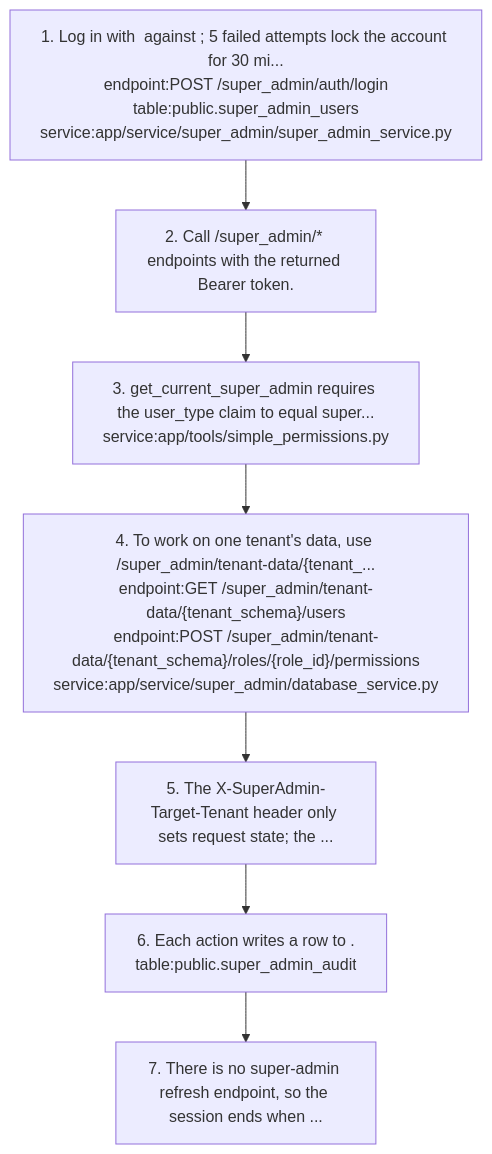
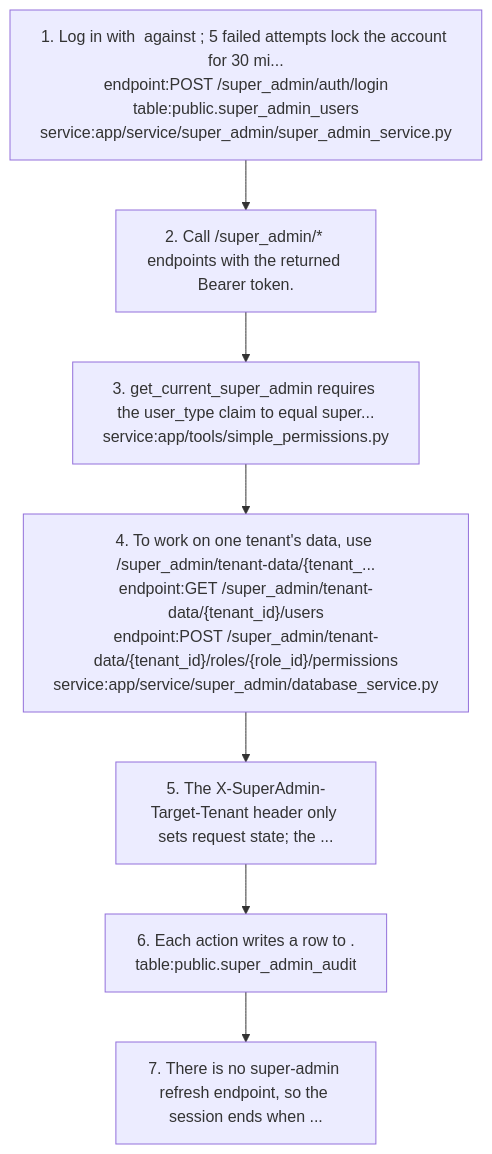
The sixth of 6 diagrams in docs/graph/views/tenants-and-admin.md (nerellasraj21/cos360_full_app), drawn with Mermaid before and after one commit. The commit also changed other lines of this file and 96 other files, not shown here.

First line of the commit message:
Convert Celery tasks and remaining per-schema code to tenant ids

````diff
--- a/docs/graph/views/tenants-and-admin.md
+++ b/docs/graph/views/tenants-and-admin.md
@@ -300,16 +300,16 @@
 ```mermaid
 flowchart TD
   s1["1. Log in with  against ; 5 failed attempts lock the account for 30 mi...<br/>endpoint:POST /super_admin/auth/login<br/>table:public.super_admin_users<br/>service:app/service/super_admin/super_admin_service.py"]
   s2["2. Call /super_admin/* endpoints with the returned Bearer token."]
   s1 --> s2
   s3["3. get_current_super_admin requires the user_type claim to equal super...<br/>service:app/tools/simple_permissions.py"]
   s2 --> s3
-  s4["4. To work on one tenant's data, use /super_admin/tenant-data/{tenant_...<br/>endpoint:GET /super_admin/tenant-data/{tenant_schema}/users<br/>endpoint:POST /super_admin/tenant-data/{tenant_schema}/roles/{role_id}/permissions<br/>service:app/service/super_admin/database_service.py"]
+  s4["4. To work on one tenant's data, use /super_admin/tenant-data/{tenant_...<br/>endpoint:GET /super_admin/tenant-data/{tenant_id}/users<br/>endpoint:POST /super_admin/tenant-data/{tenant_id}/roles/{role_id}/permissions<br/>service:app/service/super_admin/database_service.py"]
   s3 --> s4
   s5["5. The X-SuperAdmin-Target-Tenant header only sets request state; the ..."]
   s4 --> s5
   s6["6. Each action writes a row to .<br/>table:public.super_admin_audit"]
   s5 --> s6
   s7["7. There is no super-admin refresh endpoint, so the session ends when ..."]
   s6 --> s7
 ```
````
